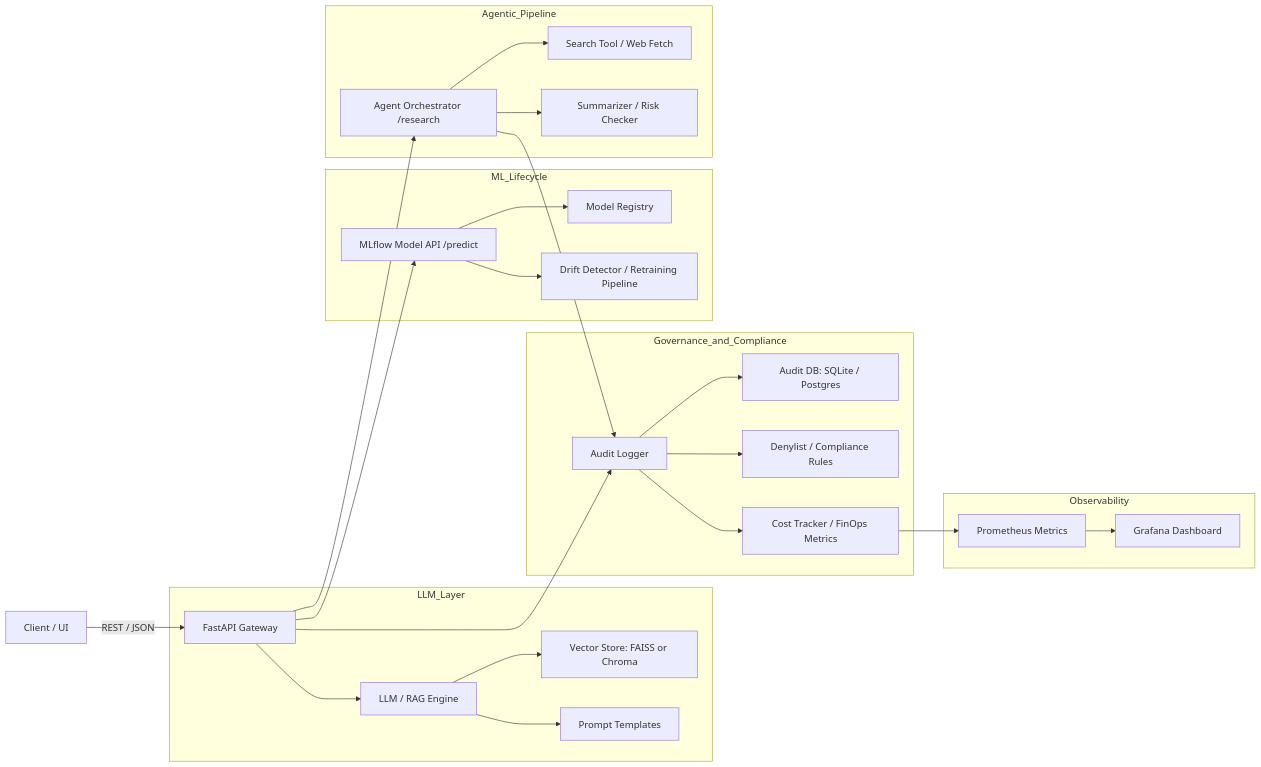
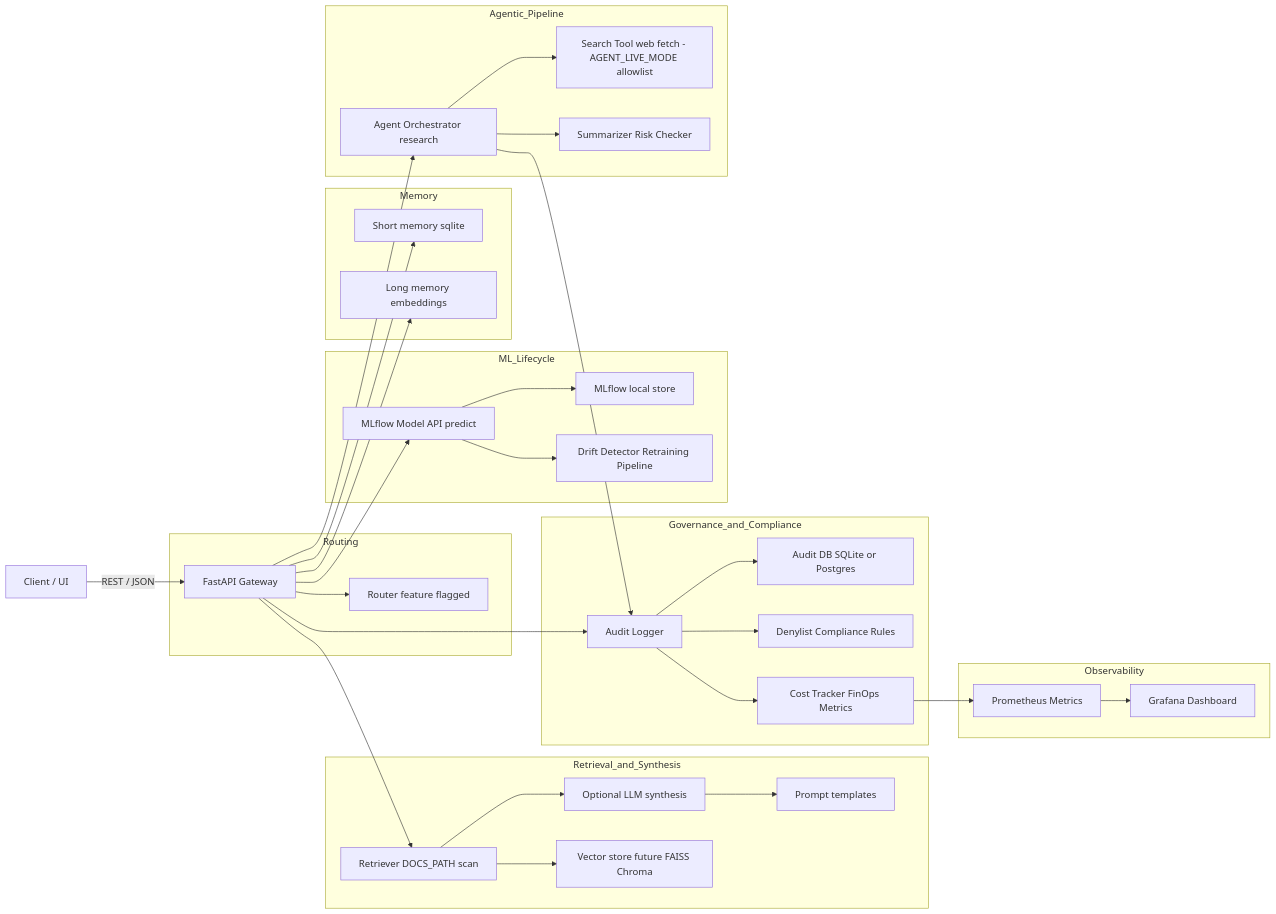
One commit to rodrigo-fonseca-oliveira/ai-architect changed the second of 3 diagrams in README.md. Above: the diagram before and after it, drawn with Mermaid. The commit also changed other lines of this file and 1 other file, not shown here.

Commit message:
docs: fix Mermaid parsing, correct architect vs system diagrams; update architecture to current behavior and mark vector store as future; add routing and memory boxes

````diff
--- a/README.md
+++ b/README.md
@@ -43,35 +80,45 @@
 ```mermaid
 flowchart LR
   A[Client / UI] -->|REST / JSON| B[FastAPI Gateway]
 
-  subgraph LLM_Layer
-    B --> C1[LLM / RAG Engine]
-    C1 --> C2[Vector Store: FAISS or Chroma]
-    C1 --> C3[Prompt Templates]
+  subgraph Routing
+    B --> R1[Router feature flagged]
+  end
+
+  subgraph Retrieval_and_Synthesis
+    B --> C1[Retriever DOCS_PATH scan]
+    C1 --> C3[Optional LLM synthesis]
+    C1 --> C4[Vector store future FAISS Chroma]
+    C3 --> C5[Prompt templates]
+  end
+
+  subgraph Memory
+    B --> M1[Short memory sqlite]
+    B --> M2[Long memory embeddings]
   end
 
   subgraph Governance_and_Compliance
     B --> D1[Audit Logger]
-    D1 --> D2[Audit DB: SQLite / Postgres]
-    D1 --> D3[Denylist / Compliance Rules]
-    D1 --> D4[Cost Tracker / FinOps Metrics]
+    D1 --> D2[Audit DB SQLite or Postgres]
+    D1 --> D3[Denylist Compliance Rules]
+    D1 --> D4[Cost Tracker FinOps Metrics]
   end
 
   subgraph Observability
     D4 --> E1[Prometheus Metrics]
     E1 --> E2[Grafana Dashboard]
   end
 
   subgraph ML_Lifecycle
-    B --> F1[MLflow Model API /predict]
-    F1 --> F2[Model Registry]
-    F1 --> F3[Drift Detector / Retraining Pipeline]
+    B --> F1[MLflow Model API predict]
+    F1 --> F2[MLflow local store]
+    F1 --> F3[Drift Detector Retraining Pipeline]
   end
 
   subgraph Agentic_Pipeline
-    B --> G1[Agent Orchestrator /research]
-    G1 --> G2[Search Tool / Web Fetch]
-    G1 --> G3[Summarizer / Risk Checker]
+    B --> G1[Agent Orchestrator research]
+    G1 --> G2[Search Tool web fetch - AGENT_LIVE_MODE allowlist]
+    G1 --> G3[Summarizer Risk Checker]
     G1 --> D1
   end
 ```
````
